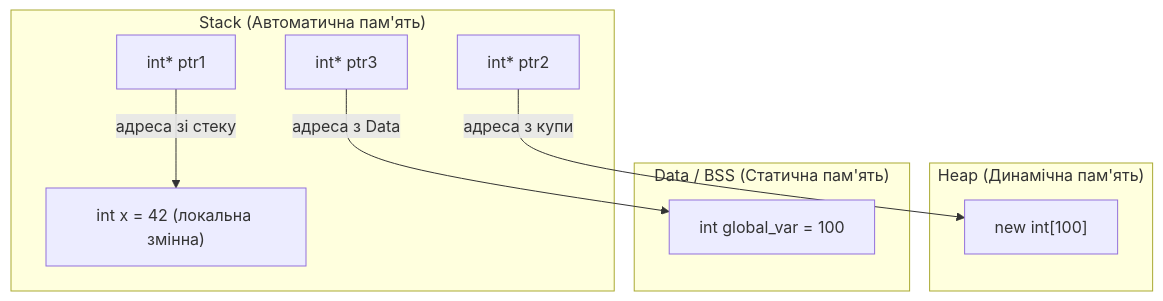
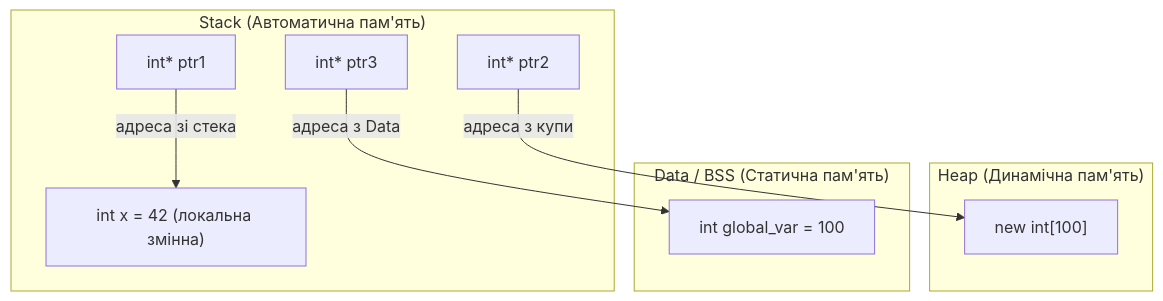
One commit to vplanto/cpp changed the diagram in docs/06_pointers.md. Above: the diagram before and after it, drawn with Mermaid. The commit also changed other lines of this file and 1 other file, not shown here.

````diff
--- a/docs/06_pointers.md
+++ b/docs/06_pointers.md
@@ -125,18 +130,18 @@
 ```mermaid
 graph TB
     subgraph Stack["Stack (Автоматична пам'ять)"]
         A["int x = 42 (локальна змінна)"]
         B["int* ptr1"]
         D["int* ptr2"]
         F["int* ptr3"]
     end
     subgraph Heap["Heap (Динамічна пам'ять)"]
         C["new int[100]"]
     end
     subgraph Data["Data / BSS (Статична пам'ять)"]
         E["int global_var = 100"]
     end
-    B -->|"адреса зі стеку"| A
+    B -->|"адреса зі стека"| A
     D -->|"адреса з купи"| C
     F -->|"адреса з Data"| E
 ```
````
